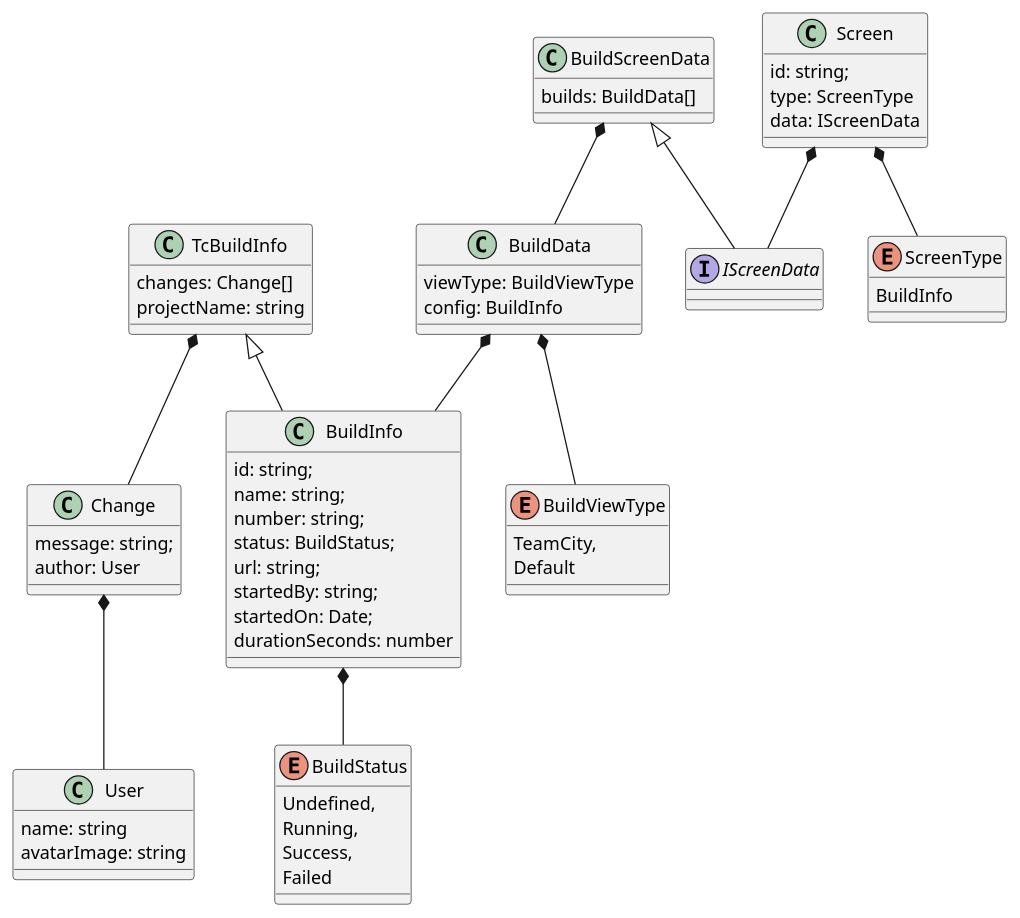
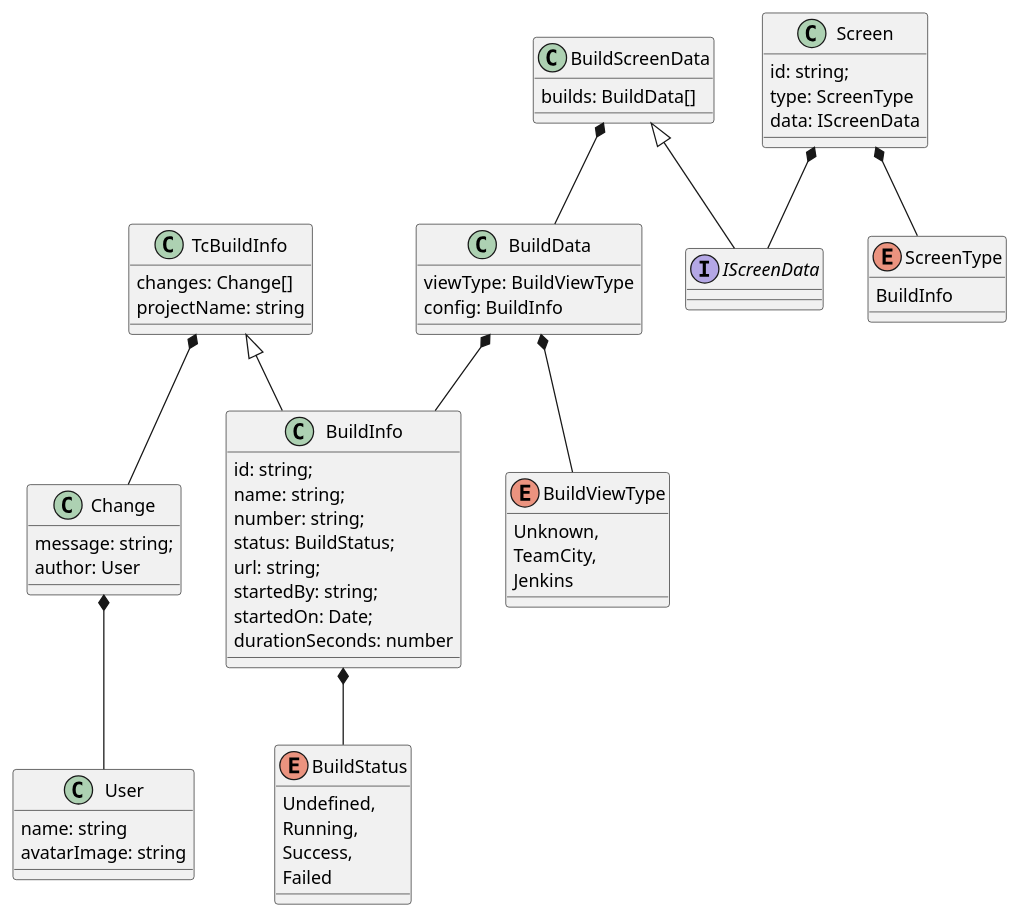
Before and after one commit to vadimart92/build-monitor: the diagram in .diagrams/Data.puml, drawn with PlantUML. The commit also changed 17 other files, not shown here.

```diff
--- a/.diagrams/Data.puml
+++ b/.diagrams/Data.puml
@@ -1,62 +1,63 @@
 @startuml
 enum BuildViewType {
-  TeamCity,
-  Default
+ Unknown,
+ TeamCity,
+ Jenkins
 }
 class BuildData {
   viewType: BuildViewType
   config: BuildInfo
 }
 BuildData *-- BuildViewType
 BuildData *-- BuildInfo
 
 enum BuildStatus {
   Undefined,
   Running,
   Success,
   Failed
 }
 class BuildInfo {
   id: string;
   name: string;
   number: string;
   status: BuildStatus;
   url: string;
   startedBy: string;
   startedOn: Date;
   durationSeconds: number
 }
 BuildInfo *-- BuildStatus
 
 class TcBuildInfo {
   changes: Change[]
   projectName: string
 }
 TcBuildInfo <|-- BuildInfo
 class Change {
   message: string;
   author: User
 }
 TcBuildInfo *-- Change
 class User {
   name: string
   avatarImage: string
 }
 Change *-- User
 interface IScreenData {}
 class BuildScreenData {
   builds: BuildData[]
 }
 BuildScreenData <|-- IScreenData
 BuildScreenData *-- BuildData
 class Screen {
   id: string;
   type: ScreenType
   data: IScreenData
 }
 enum ScreenType {
   BuildInfo
 }
 Screen *-- ScreenType
 Screen *-- IScreenData
 @enduml
```
